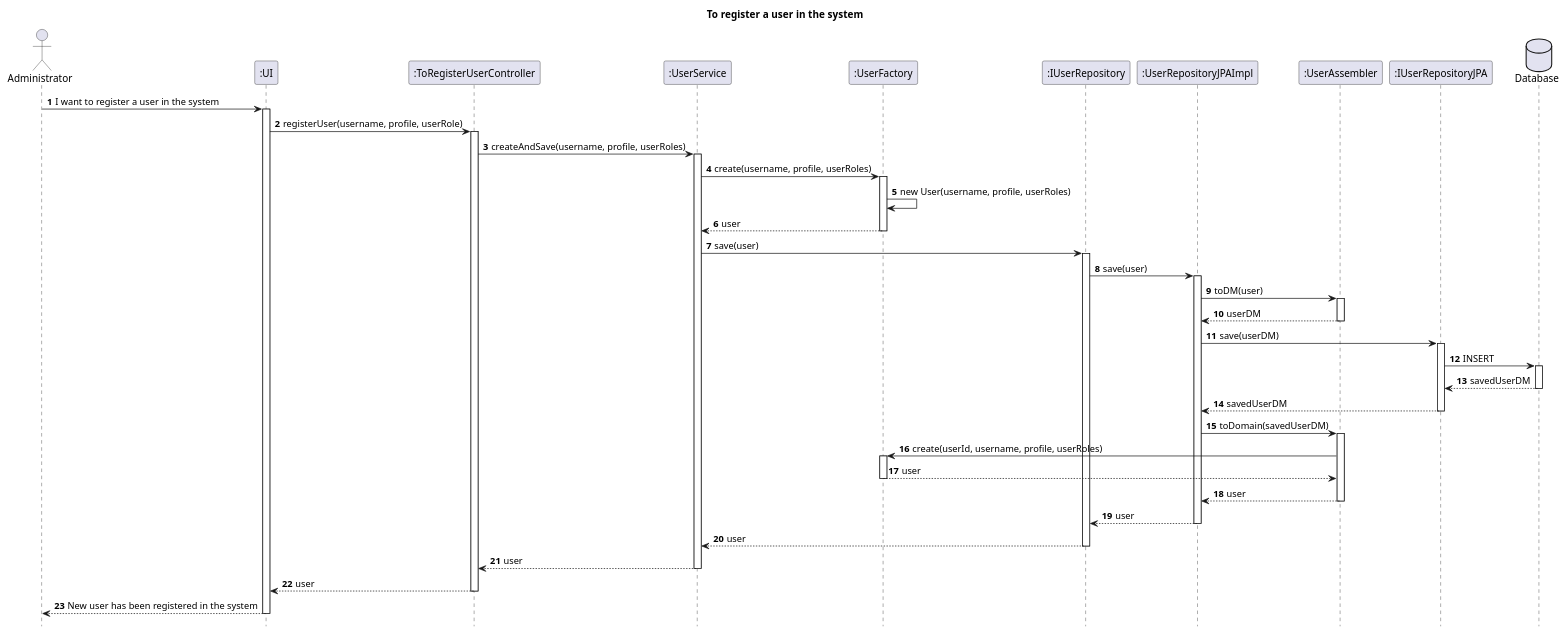
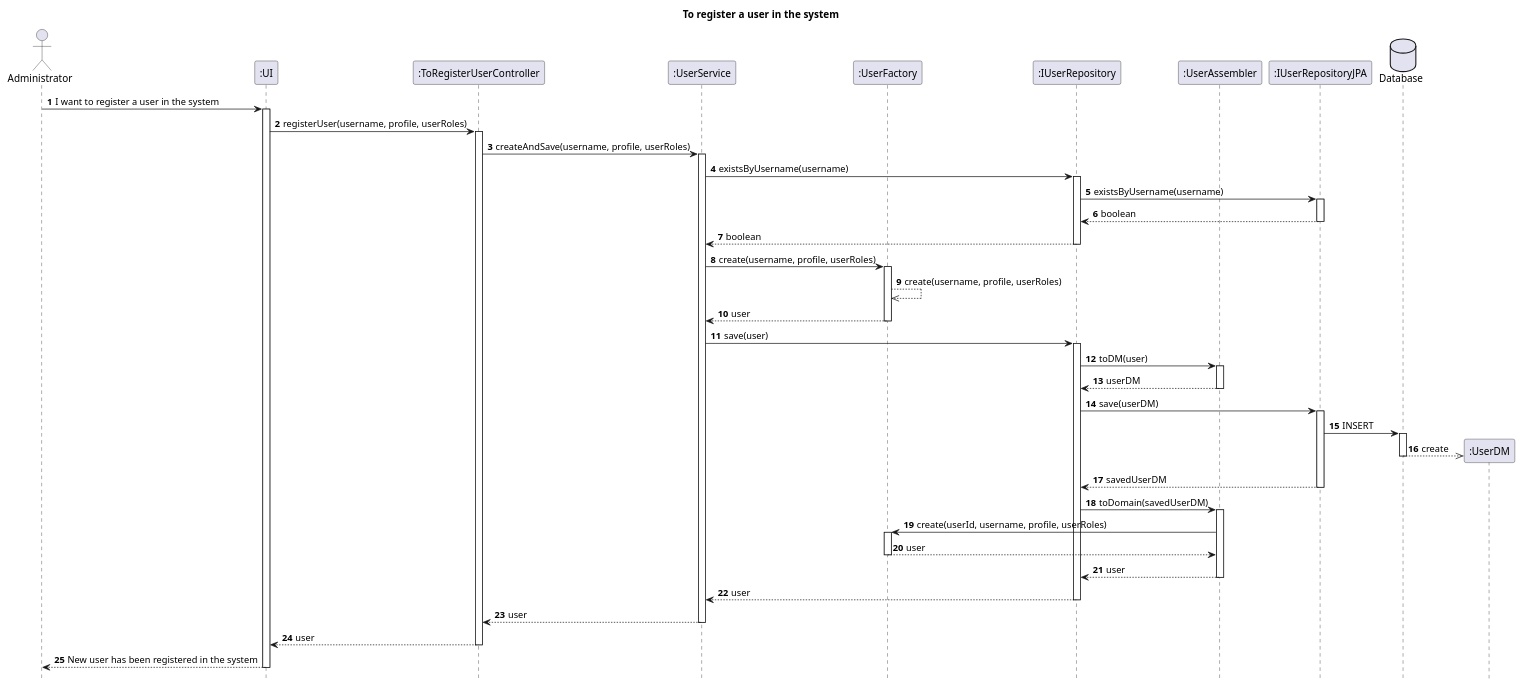
The diagram in Diagrams/SequenceDiagrams/N2/To-register-a-user.puml (AndrePereiraGitH/SWitCH-Project-Team_A), drawn with PlantUML before and after one commit.

Commit message:
docs #747: fixed SD according to PR feedback

```diff
--- a/Diagrams/SequenceDiagrams/N2/To-register-a-user.puml
+++ b/Diagrams/SequenceDiagrams/N2/To-register-a-user.puml
@@ -1,82 +1,86 @@
 @startuml
 
 hide footbox
 autonumber
 
 title To register a user in the system
 
 actor Administrator
 participant ":UI" as UI
 participant ":ToRegisterUserController" as Controller
 participant ":UserService" as Service
 participant ":UserFactory" as Factory
 participant ":IUserRepository" as Repository
-participant ":UserRepositoryJPAImpl" as RepositoryJPA
 participant ":UserAssembler" as Assembler
 participant ":IUserRepositoryJPA" as RepositoryJPAInterface
 database "Database" as DB
 
 Administrator -> UI : I want to register a user in the system
 activate UI
 
-UI -> Controller : registerUser(username, profile, userRole)
+UI -> Controller : registerUser(username, profile, userRoles)
 activate Controller
 
 Controller -> Service : createAndSave(username, profile, userRoles)
 activate Service
 
+Service -> Repository : existsByUsername(username)
+activate Repository
+Repository -> RepositoryJPAInterface : existsByUsername(username)
+activate RepositoryJPAInterface
+RepositoryJPAInterface --> Repository : boolean
+deactivate RepositoryJPAInterface
+Repository --> Service : boolean
+deactivate Repository
+
 Service -> Factory : create(username, profile, userRoles)
 activate Factory
 
-Factory -> Factory : new User(username, profile, userRoles)
+Factory -->> Factory : create(username, profile, userRoles)
 
 Factory --> Service : user
 deactivate Factory
 
 Service -> Repository : save(user)
 activate Repository
 
-Repository -> RepositoryJPA : save(user)
-activate RepositoryJPA
-
-RepositoryJPA -> Assembler : toDM(user)
+Repository -> Assembler : toDM(user)
 activate Assembler
-Assembler --> RepositoryJPA : userDM
+Assembler --> Repository : userDM
 deactivate Assembler
 
-RepositoryJPA -> RepositoryJPAInterface : save(userDM)
+Repository -> RepositoryJPAInterface : save(userDM)
 activate RepositoryJPAInterface
 
 RepositoryJPAInterface -> DB : INSERT
 activate DB
-DB --> RepositoryJPAInterface : savedUserDM
+
+create participant ":UserDM" as SavedUserDM
+DB -->> SavedUserDM : create
 deactivate DB
 
-RepositoryJPAInterface --> RepositoryJPA : savedUserDM
+RepositoryJPAInterface --> Repository : savedUserDM
 deactivate RepositoryJPAInterface
 
-RepositoryJPA -> Assembler : toDomain(savedUserDM)
+Repository -> Assembler : toDomain(savedUserDM)
 activate Assembler
 Assembler -> Factory : create(userId, username, profile, userRoles)
 activate Factory
 Factory --> Assembler : user
 deactivate Factory
-Assembler --> RepositoryJPA : user
+Assembler --> Repository : user
 deactivate Assembler
-
-RepositoryJPA --> Repository : user
-deactivate RepositoryJPA
 
 Repository --> Service : user
 deactivate Repository
 
 Service --> Controller : user
 deactivate Service
 
 Controller --> UI : user
 deactivate Controller
 
 UI --> Administrator : New user has been registered in the system
 deactivate UI
 
 @enduml
```
